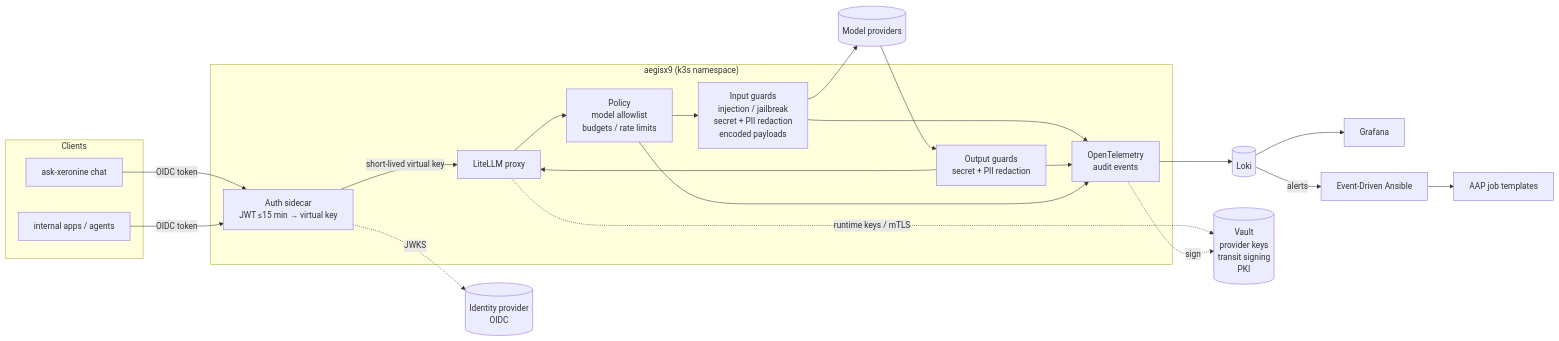
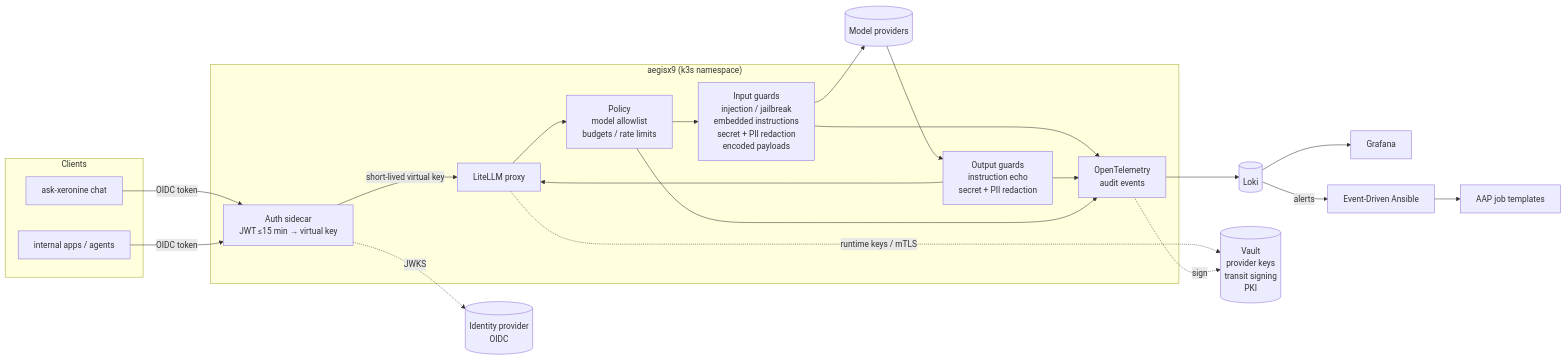
One commit to mchasse73/aegisx9 changed the first of 2 diagrams in README.md. Above: the diagram before and after it, drawn with Mermaid. The commit also changed 12 other files, not shown here.

First line of the commit message:
feat(guards): block instructions planted in pasted data and their echoes (#199)

````diff
--- a/README.md
+++ b/README.md
@@ -41,31 +41,31 @@
 ```mermaid
 flowchart LR
     subgraph Clients
         A[ask-xeronine chat]
         B[internal apps / agents]
     end
     IdP[(Identity provider<br/>OIDC)]
     subgraph aegisx9["aegisx9 (k3s namespace)"]
         AP[Auth sidecar<br/>JWT ≤15 min → virtual key]
         GW[LiteLLM proxy]
-        IG[Input guards<br/>injection / jailbreak<br/>secret + PII redaction<br/>encoded payloads]
+        IG[Input guards<br/>injection / jailbreak<br/>embedded instructions<br/>secret + PII redaction<br/>encoded payloads]
         POL[Policy<br/>model allowlist<br/>budgets / rate limits]
-        OG[Output guards<br/>secret + PII redaction]
+        OG[Output guards<br/>instruction echo<br/>secret + PII redaction]
         OT[OpenTelemetry<br/>audit events]
     end
     LLM[(Model providers)]
     LOKI[(Loki)]
     GRAF[Grafana]
 
     A -->|OIDC token| AP
     B -->|OIDC token| AP
     AP -. JWKS .-> IdP
     AP -->|short-lived virtual key| GW
     GW --> POL --> IG --> LLM
     LLM --> OG --> GW
     VAULT[(Vault<br/>provider keys<br/>transit signing<br/>PKI)]
     GW -. runtime keys / mTLS .-> VAULT
     OT -. sign .-> VAULT
     IG & OG & POL --> OT --> LOKI --> GRAF
     LOKI -- alerts --> EDA[Event-Driven Ansible] --> AAP[AAP job templates]
 ```
````
